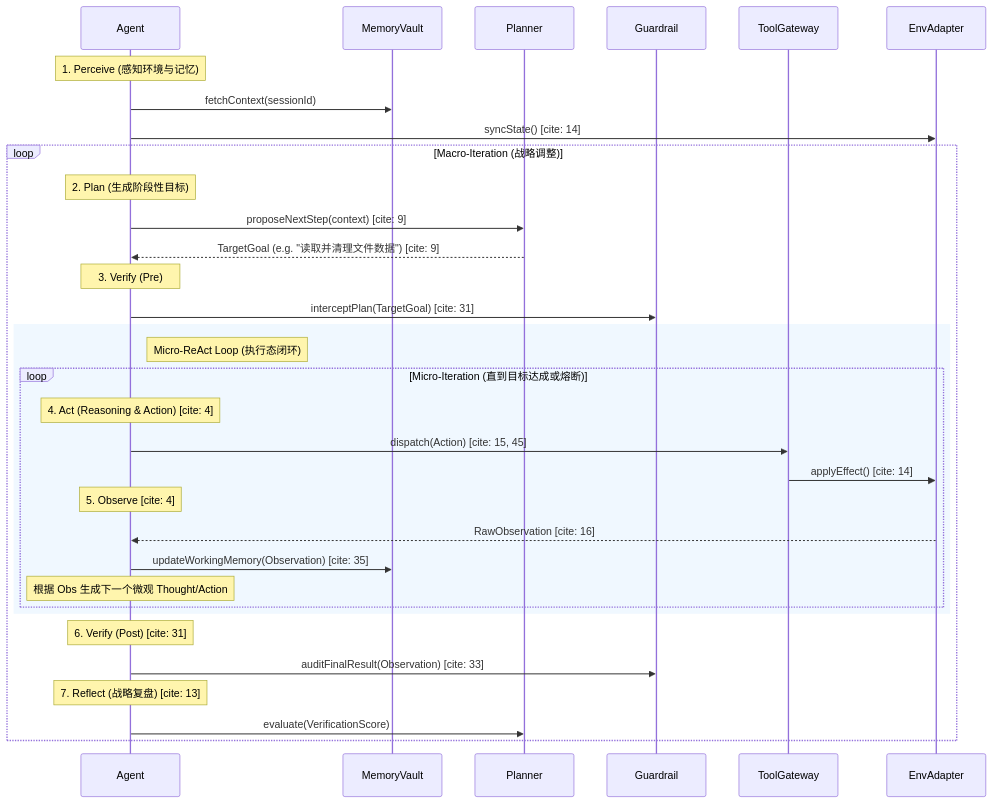
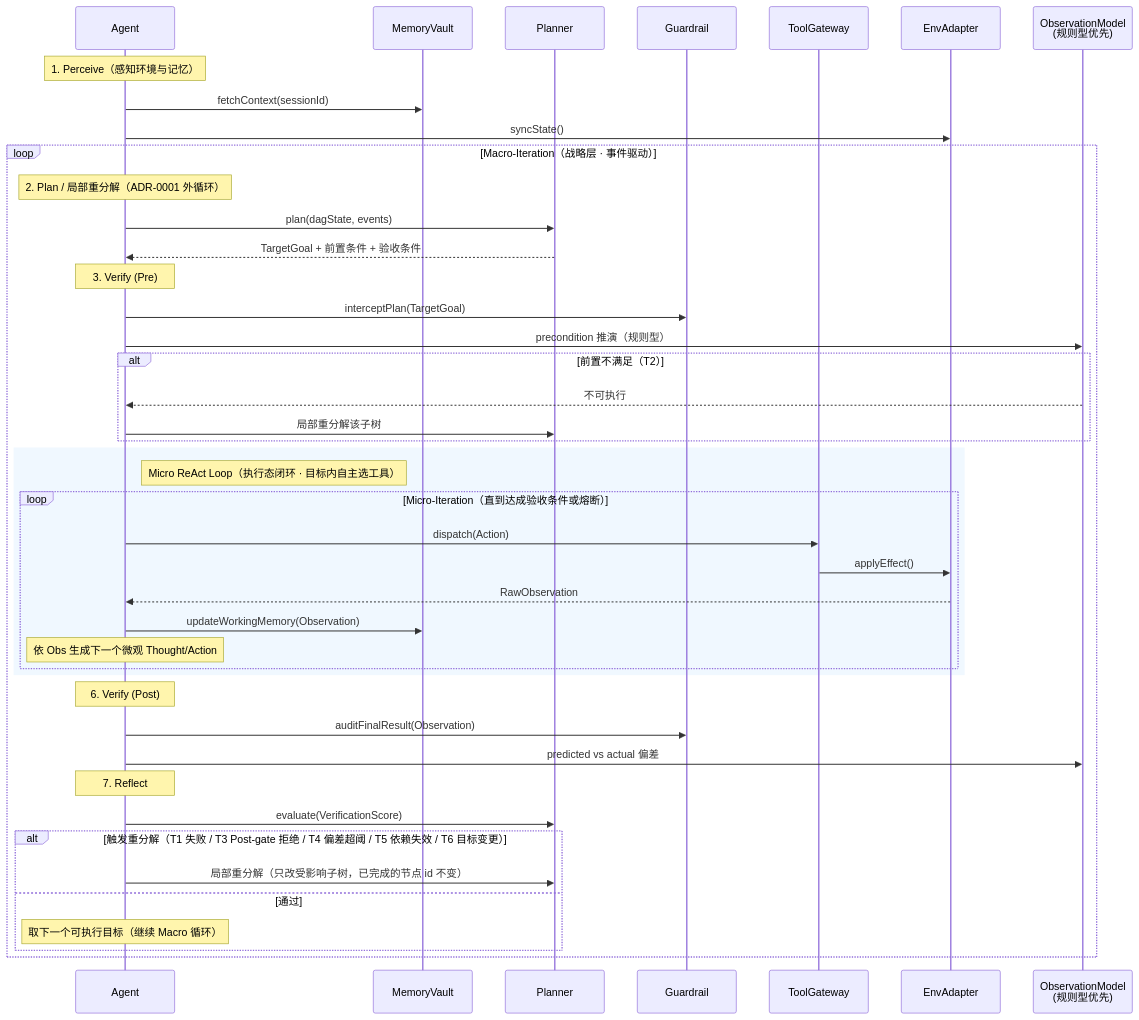
Before and after one commit to chaineasy-ai/alice-agent: the second of 3 diagrams in docs/alice-core-agent/DESIGN.md, drawn with Mermaid. The commit also changed other lines of this file and 2 other files, not shown here.

Commit message:
docs: 双循环口径全量对齐——ADR 修正 R2/D3（macro/micro 分工，非每次工具调用都走 planner）+ inbound 入口路由图改 TriggerPolicy + PPAO 时序补六个触发面与 ObservationModel

````diff
--- a/docs/alice-core-agent/DESIGN.md
+++ b/docs/alice-core-agent/DESIGN.md
@@ -59,42 +59,51 @@
 ```mermaid
 sequenceDiagram
     participant A as Agent
     participant M as MemoryVault
     participant P as Planner
     participant V as Guardrail
     participant T as ToolGateway
     participant E as EnvAdapter
+    participant OM as ObservationModel<br/>(规则型优先)
 
-    Note over A: 1. Perceive (感知环境与记忆)
-    A->>M: fetchContext(sessionId) 
-    A->>E: syncState() [cite: 14]
+    Note over A: 1. Perceive（感知环境与记忆）
+    A->>M: fetchContext(sessionId)
+    A->>E: syncState()
 
-    loop Macro-Iteration (战略调整)
-        Note over A: 2. Plan (生成阶段性目标)
-        A->>P: proposeNextStep(context) [cite: 9]
-        P-->>A: TargetGoal (e.g. "读取并清理文件数据") [cite: 9]
+    loop Macro-Iteration（战略层 · 事件驱动）
+        Note over A: 2. Plan / 局部重分解（ADR-0001 外循环）
+        A->>P: plan(dagState, events)
+        P-->>A: TargetGoal + 前置条件 + 验收条件
 
         Note over A: 3. Verify (Pre)
-        A->>V: interceptPlan(TargetGoal) [cite: 31]
-        
+        A->>V: interceptPlan(TargetGoal)
+        A->>OM: precondition 推演（规则型）
+        alt 前置不满足（T2）
+            OM-->>A: 不可执行
+            A->>P: 局部重分解该子树
+        end
+
         rect rgb(240, 248, 255)
-        Note right of A: Micro-ReAct Loop (执行态闭环)
-        loop Micro-Iteration (直到目标达成或熔断)
-            Note over A: 4. Act (Reasoning & Action) [cite: 4]
-            A->>T: dispatch(Action) [cite: 15, 45]
-            T->>E: applyEffect() [cite: 14]
-            
-            Note over A: 5. Observe [cite: 4]
-            E-->>A: RawObservation [cite: 16]
-            A->>M: updateWorkingMemory(Observation) [cite: 35]
-            Note over A: 根据 Obs 生成下一个微观 Thought/Action 
+        Note right of A: Micro ReAct Loop（执行态闭环 · 目标内自主选工具）
+        loop Micro-Iteration（直到达成验收条件或熔断）
+            A->>T: dispatch(Action)
+            T->>E: applyEffect()
+            E-->>A: RawObservation
+            A->>M: updateWorkingMemory(Observation)
+            Note over A: 依 Obs 生成下一个微观 Thought/Action
         end
         end
 
-        Note over A: 6. Verify (Post) [cite: 31]
-        A->>V: auditFinalResult(Observation) [cite: 33]
-        
-        Note over A: 7. Reflect (战略复盘) [cite: 13]
+        Note over A: 6. Verify (Post)
+        A->>V: auditFinalResult(Observation)
+        A->>OM: predicted vs actual 偏差
+        Note over A: 7. Reflect
         A->>P: evaluate(VerificationScore)
+
+        alt 触发重分解（T1 失败 / T3 Post-gate 拒绝 / T4 偏差超阈 / T5 依赖失效 / T6 目标变更）
+            A->>P: 局部重分解（只改受影响子树，已完成的节点 id 不变）
+        else 通过
+            Note over A: 取下一个可执行目标（继续 Macro 循环）
+        end
     end
 ```
````
